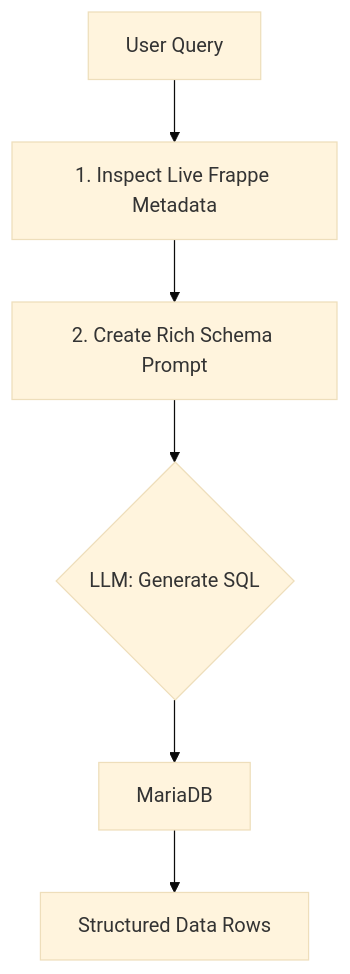
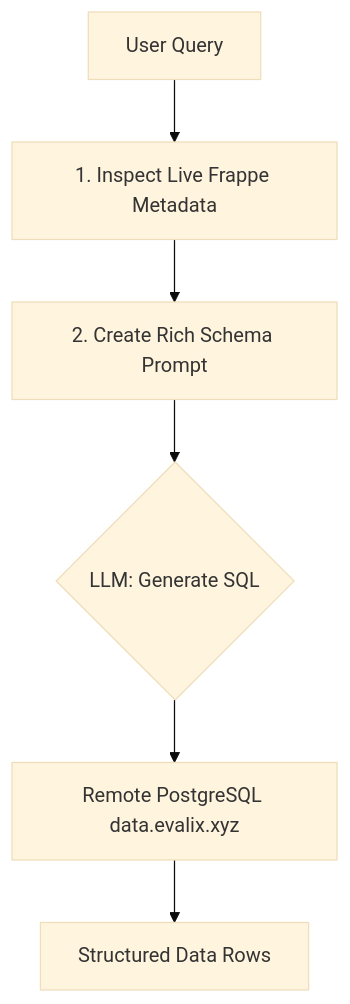
One commit to theapprenticeproject/Ai changed the second of 3 diagrams in README.md. Above: the diagram before and after it, drawn with Mermaid (base theme). The commit also changed other lines of this file, not shown here.

````diff
--- a/README.md
+++ b/README.md
@@ -140,8 +140,8 @@
 ```mermaid
 graph TD
     A[User Query] --> B["1. Inspect Live Frappe Metadata"]
     B --> C["2. Create Rich Schema Prompt"]
     C --> D{LLM: Generate SQL}
-    D --> E[MariaDB]
+    D --> E[Remote PostgreSQL data.evalix.xyz]
     E --> F[Structured Data Rows]
 ```
````
